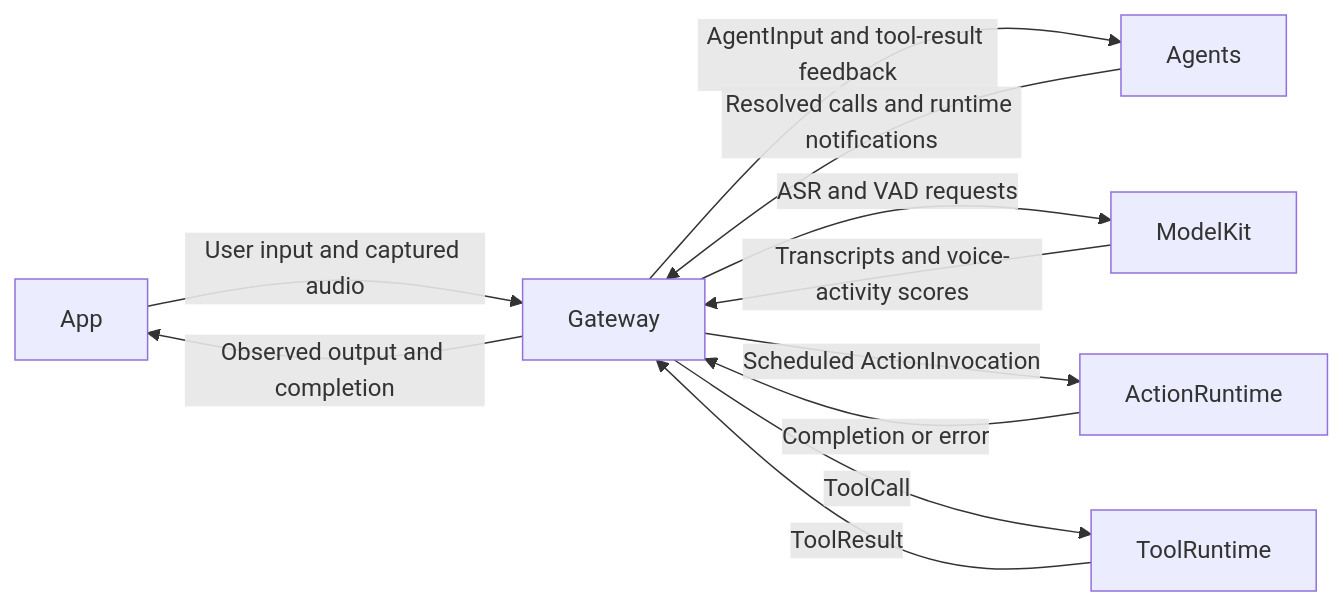
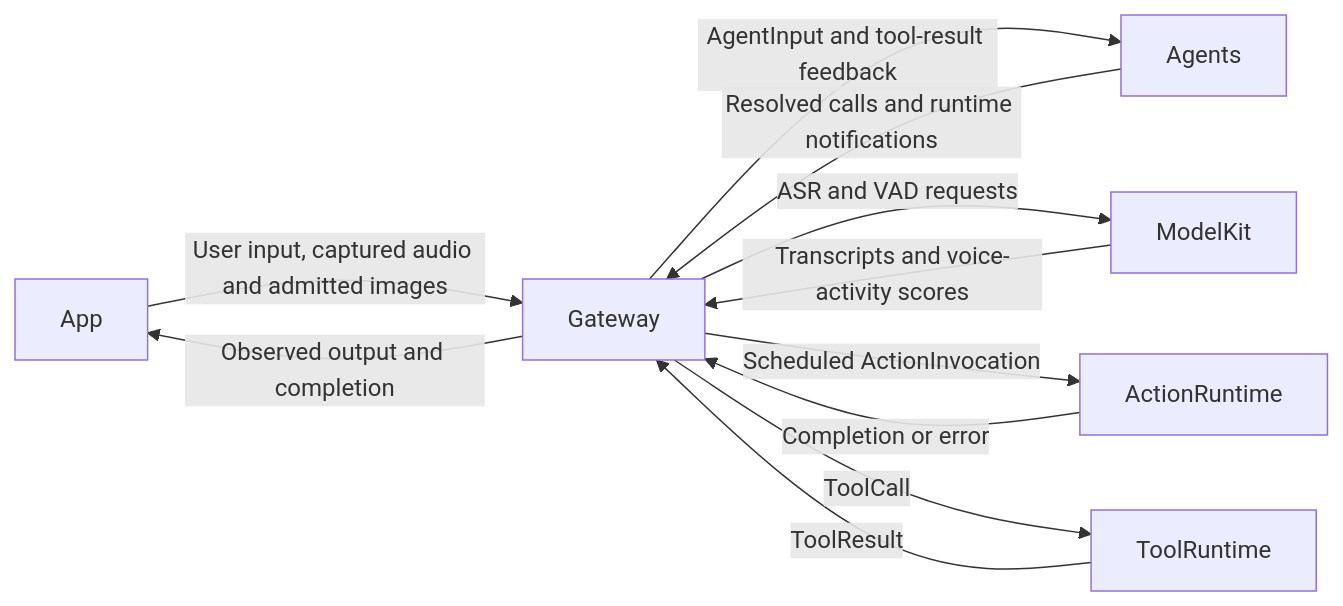
One commit to devilyouwei/MobileHarness changed the diagram in MobileHarness/Gateway/README.md. Above: the diagram before and after it, drawn with Mermaid. The commit also changed other lines of this file and 76 other files, not shown here.

````diff
--- a/MobileHarness/Gateway/README.md
+++ b/MobileHarness/Gateway/README.md
@@ -16,13 +16,13 @@
 ```mermaid
 flowchart LR
-    App -->|User input and captured audio| Gateway
+    App -->|User input, captured audio and admitted images| Gateway
     Gateway -->|AgentInput and tool-result feedback| Agents
     Agents -->|Resolved calls and runtime notifications| Gateway
     Gateway -->|ASR and VAD requests| ModelKit
     ModelKit -->|Transcripts and voice-activity scores| Gateway
     Gateway -->|Scheduled ActionInvocation| ActionRuntime
     ActionRuntime -->|Completion or error| Gateway
     Gateway -->|ToolCall| ToolRuntime
     ToolRuntime -->|ToolResult| Gateway
     Gateway -->|Observed output and completion| App
 ```
````
